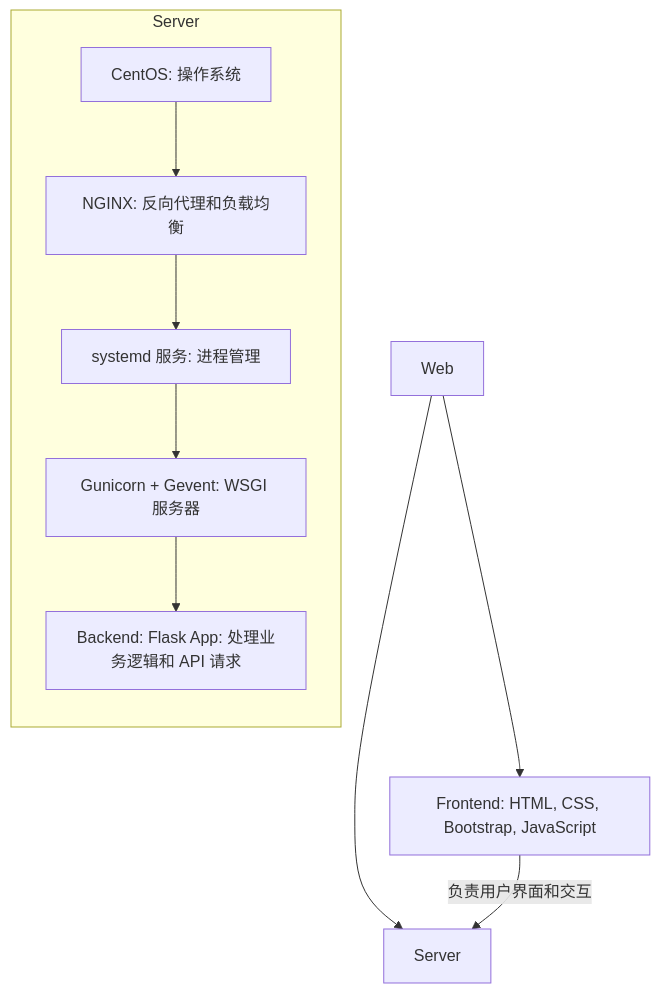
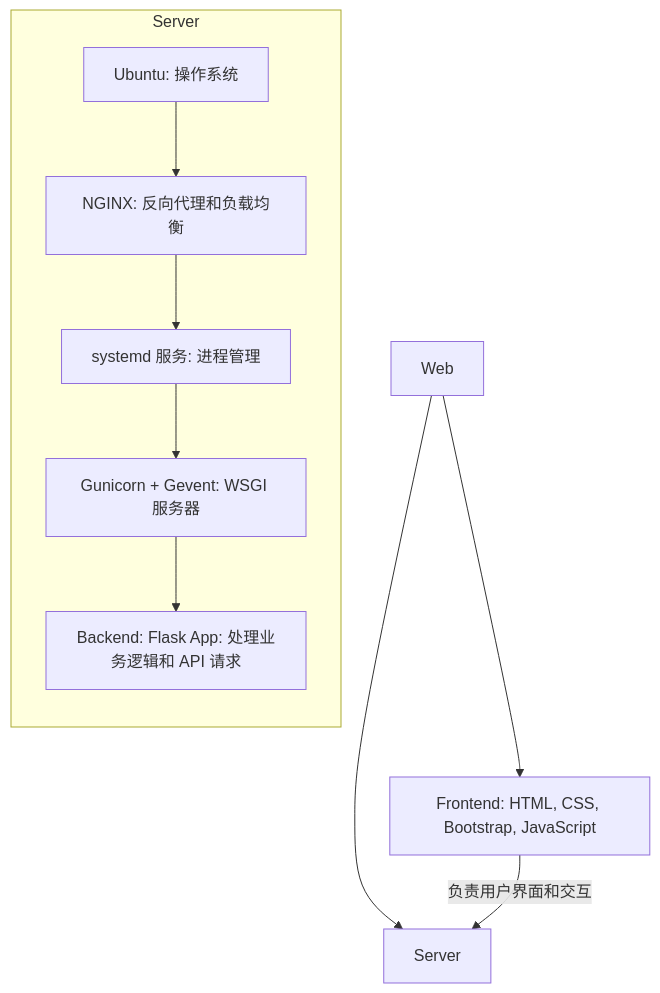
Before and after one commit to RendaZhang/rendazhang: the diagram in README.md, drawn with Mermaid. The commit also changed other lines of this file and 1 other file, not shown here.

Commit message:
Update Readme and sitemap after server migrated from CentOS 7 to Ubuntu 24

````diff
--- a/README.md
+++ b/README.md
@@ -84,14 +84,14 @@
 ```mermaid
 flowchart TD
     A[Web] --> B[Frontend: HTML, CSS, Bootstrap, JavaScript]
     A --> C[Server]
     B -->|负责用户界面和交互| C
 
     subgraph Server
         direction TB
-        D[CentOS: 操作系统] --> E[NGINX: 反向代理和负载均衡]
+        D[Ubuntu: 操作系统] --> E[NGINX: 反向代理和负载均衡]
         E --> F[systemd 服务: 进程管理]
         F --> G[Gunicorn + Gevent: WSGI 服务器]
         G --> H[Backend: Flask App: 处理业务逻辑和 API 请求]
     end
 ```
````
